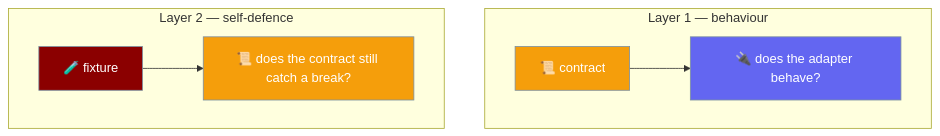
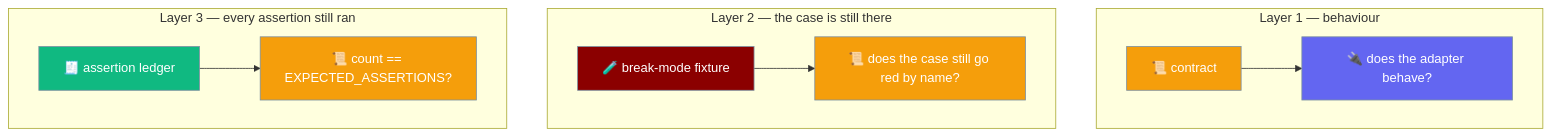
One commit to MervinPraison/PraisonAIDocs changed the second of 2 diagrams in docs/features/mobile/adapter-conformance.mdx. Above: the diagram before and after it, drawn with Mermaid. The commit also changed other lines of this file, not shown here.

First line of the commit message:
docs(mobile): document the assertion-count ledger in adapter conformance (fixes #3609)

````diff
--- a/docs/features/mobile/adapter-conformance.mdx
+++ b/docs/features/mobile/adapter-conformance.mdx
@@ -79,17 +113,22 @@
 ```mermaid
 graph TB
     subgraph "Layer 1 — behaviour"
         C[📜 contract] --> A[🔌 does the adapter behave?]
     end
-    subgraph "Layer 2 — self-defence"
-        F[🧪 fixture] --> B[📜 does the contract still catch a break?]
+    subgraph "Layer 2 — the case is still there"
+        F[🧪 break-mode fixture] --> B[📜 does the case still go red by name?]
+    end
+    subgraph "Layer 3 — every assertion still ran"
+        L[🧾 assertion ledger] --> N[📜 count == EXPECTED_ASSERTIONS?]
     end
 
     classDef contract fill:#F59E0B,stroke:#7C90A0,color:#fff
     classDef adapter fill:#6366F1,stroke:#7C90A0,color:#fff
     classDef fixture fill:#8B0000,stroke:#7C90A0,color:#fff
+    classDef ledger fill:#10B981,stroke:#7C90A0,color:#fff
 
-    class C,B contract
+    class C,B,N contract
     class A adapter
     class F fixture
+    class L ledger
 ```
````
